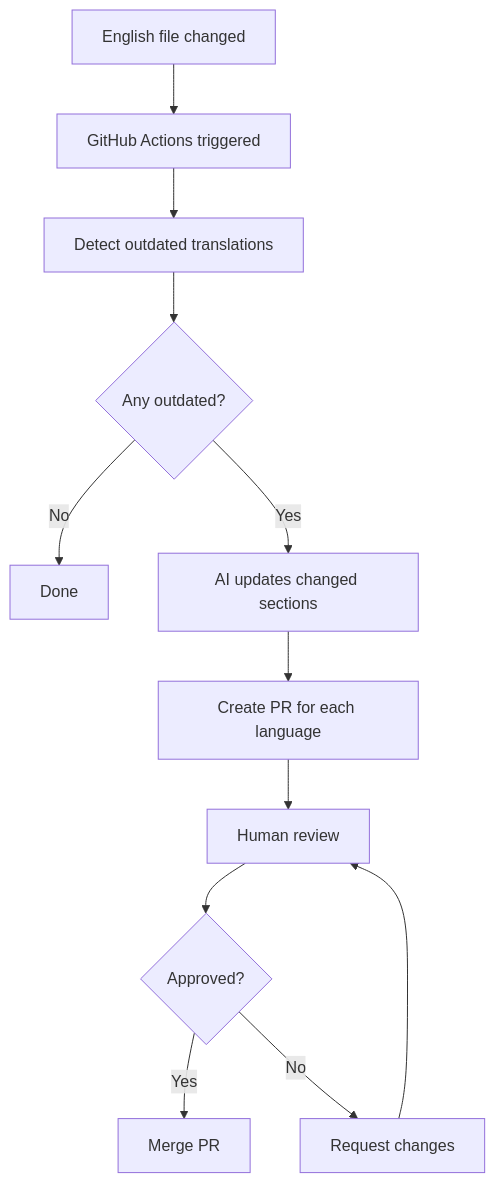
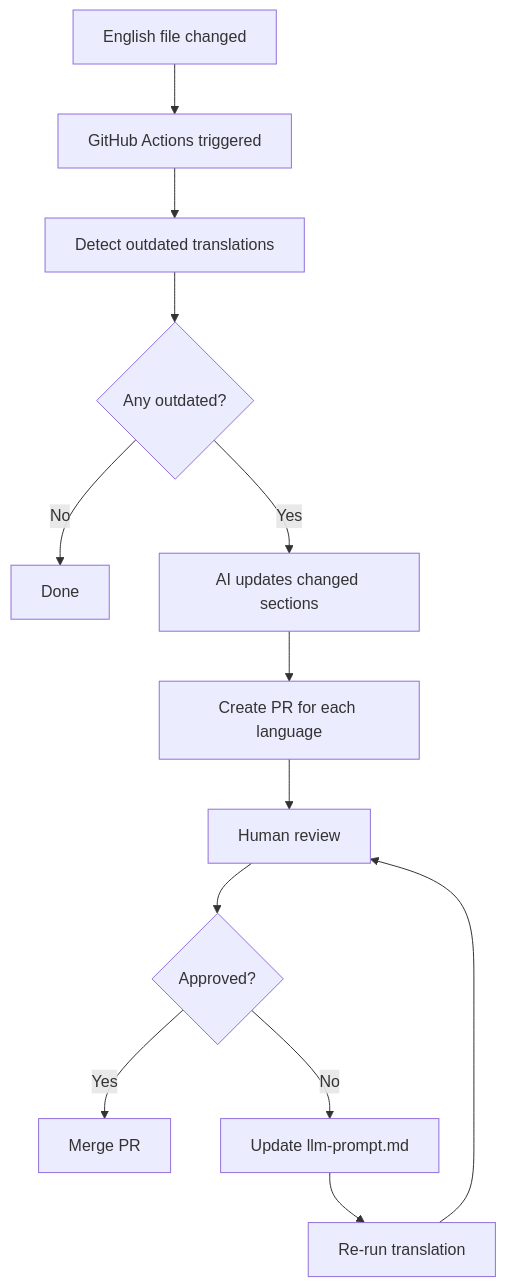
The first of 2 diagrams in TRANSLATING.md (nextflow-io/training), drawn with Mermaid before and after one commit. The commit also changed other lines of this file and 2 other files, not shown here.

First line of the commit message:
Improve translation documentation and LLM prompts

````diff
--- a/TRANSLATING.md
+++ b/TRANSLATING.md
@@ -21,14 +25,15 @@
 ```mermaid
 flowchart TD
     A[English file changed] --> B[GitHub Actions triggered]
     B --> C[Detect outdated translations]
     C --> D{Any outdated?}
     D -->|No| E[Done]
     D -->|Yes| F[AI updates changed sections]
     F --> G[Create PR for each language]
     G --> H[Human review]
     H --> I{Approved?}
     I -->|Yes| J[Merge PR]
-    I -->|No| K[Request changes]
-    K --> H
+    I -->|No| K[Update llm-prompt.md]
+    K --> L[Re-run translation]
+    L --> H
 ```
````
